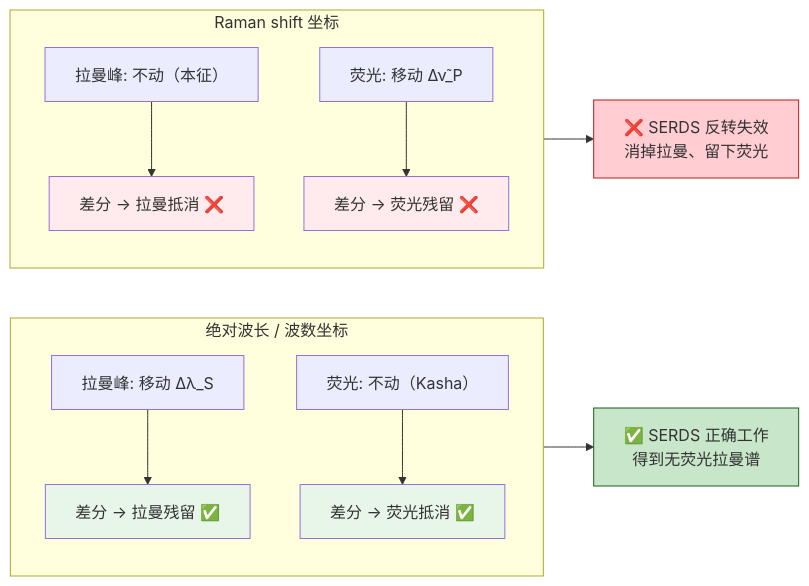
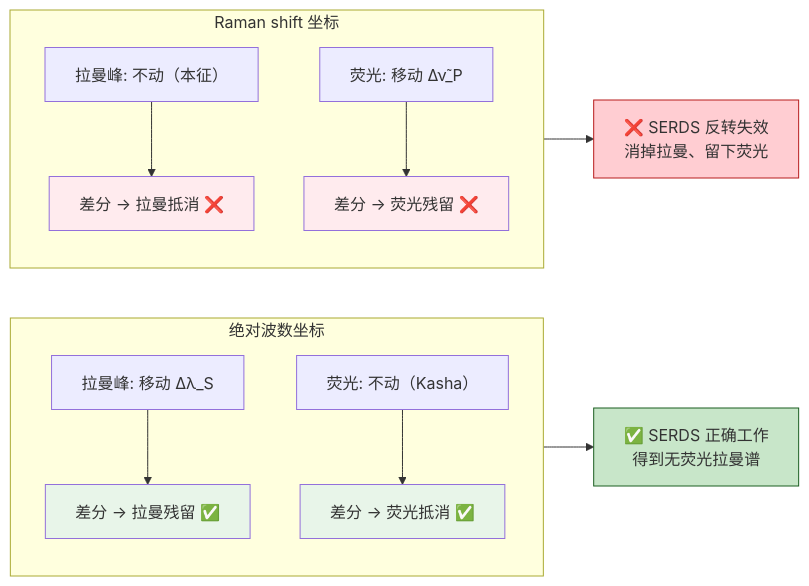
One commit to roxszi/skills changed the second of 2 diagrams in skills/tech-brief-writer/SERDS/技术简报.md. Above: the diagram before and after it, drawn with Mermaid. The commit also changed other lines of this file and 3 other files, not shown here.

````diff
--- a/skills/tech-brief-writer/SERDS/技术简报.md
+++ b/skills/tech-brief-writer/SERDS/技术简报.md
@@ -157,24 +168,24 @@
 ```mermaid
 graph LR
-    subgraph 绝对坐标["绝对波长 / 波数坐标"]
+    subgraph 绝对坐标["绝对波数坐标"]
         direction TB
         A1["拉曼峰: 移动 Δλ_S"] --> A_R["差分 → 拉曼残留 ✅"]
         A2["荧光: 不动（Kasha）"] --> A_F["差分 → 荧光抵消 ✅"]
     end
 
     subgraph Raman坐标["Raman shift 坐标"]
         direction TB
         B1["拉曼峰: 不动（本征）"] --> B_R["差分 → 拉曼抵消 ❌"]
         B2["荧光: 移动 Δν̃_P"] --> B_F["差分 → 荧光残留 ❌"]
     end
 
     A_R --> OK["✅ SERDS 正确工作<br/>得到无荧光拉曼谱"]
     B_F --> NO["❌ SERDS 反转失效<br/>消掉拉曼、留下荧光"]
 
     style OK fill:#c8e6c9,stroke:#1b5e20
     style NO fill:#ffcdd2,stroke:#b71c1c
     style A_R fill:#e8f5e9
     style A_F fill:#e8f5e9
     style B_R fill:#ffebee
     style B_F fill:#ffebee
 ```
````
